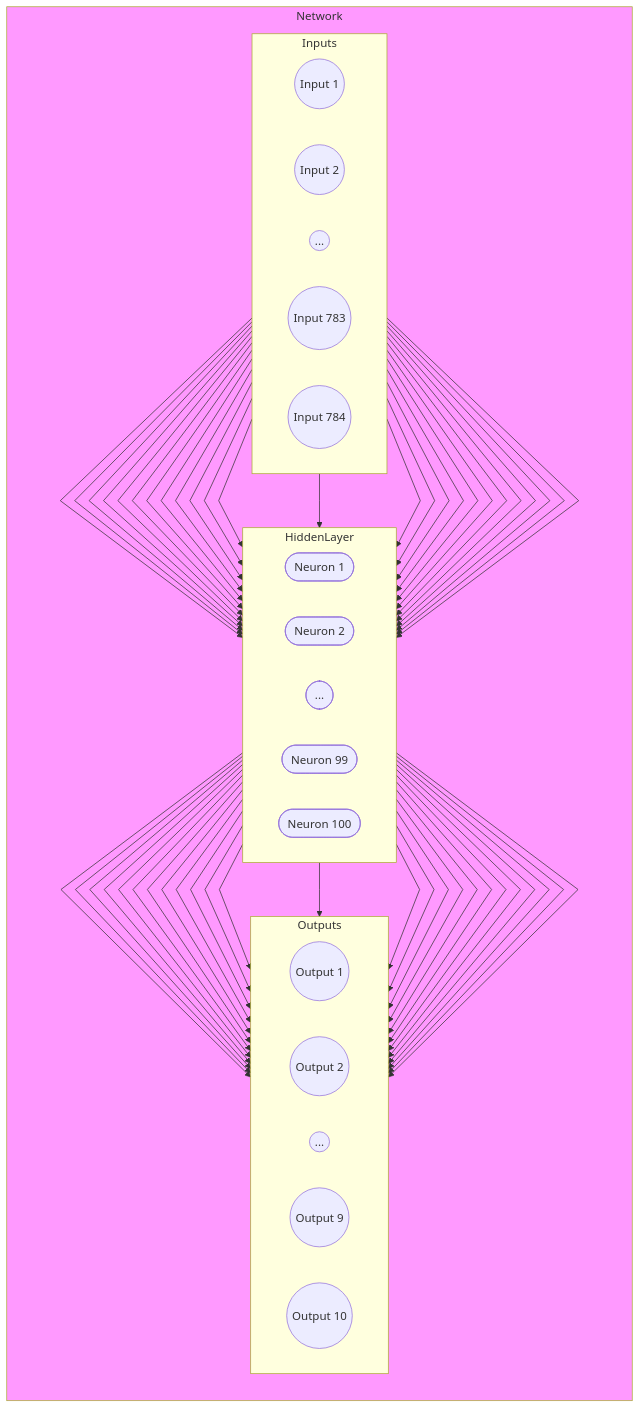
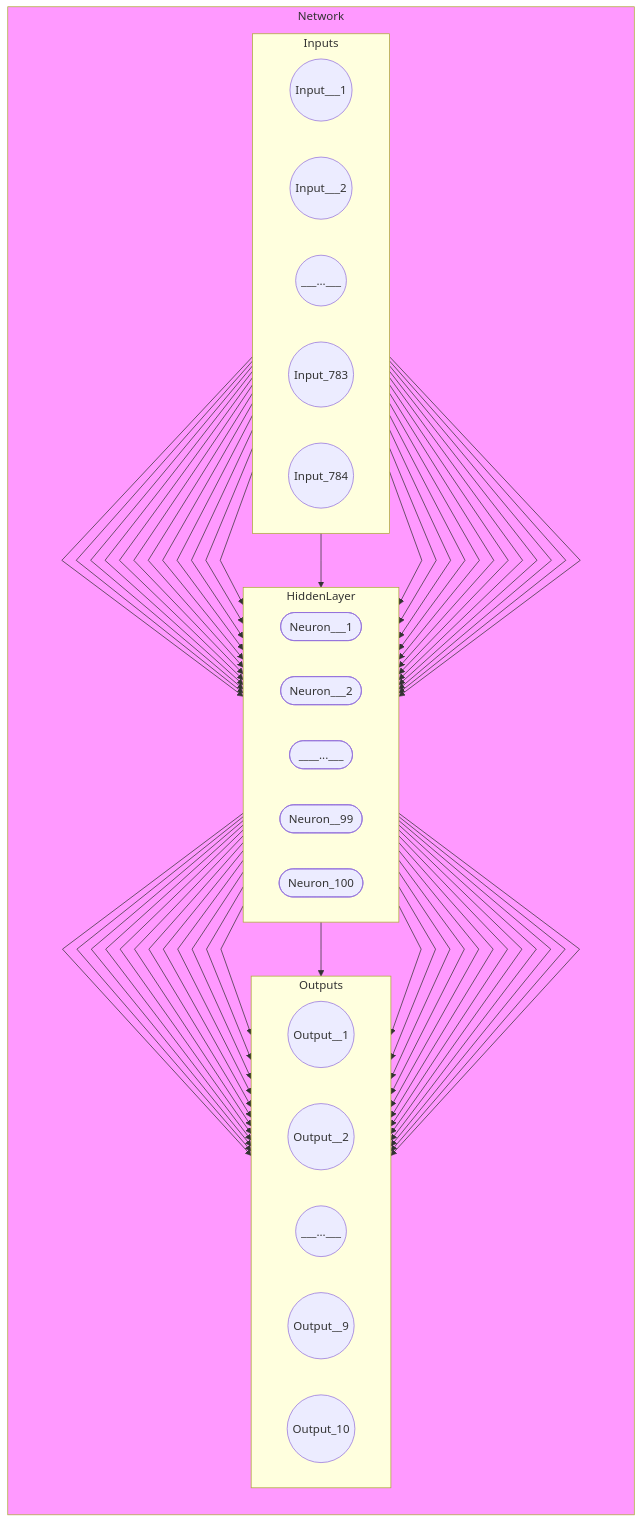
Before and after one commit to andrelohmann/ai-experiments: the diagram in notebooks/01_fashionMNIST/README.md, drawn with Mermaid.

Commit message:
updated Network Graph

````diff
--- a/notebooks/01_fashionMNIST/README.md
+++ b/notebooks/01_fashionMNIST/README.md
@@ -11,49 +11,49 @@
 ```mermaid
     %%{ init: { 'flowchart': { 'curve': 'linear' } } }%%
     flowchart TD
         subgraph Network
             direction TB
             style Network fill:#f9f
             subgraph Inputs
                 direction LR
-                I1((Input   1)):::round
-                I2((Input   2)):::round
-                Ix((   ...   )):::round
-                I783((Input 783)):::round
-                I784((Input 784)):::round
+                I1((Input___1)):::round
+                I2((Input___2)):::round
+                Ix((___...___)):::round
+                I783((Input_783)):::round
+                I784((Input_784)):::round
             end
 
             subgraph HiddenLayer
                 direction LR
-                N1([Neuron   1]);
-                N2([Neuron   2]);
-                Nx([    ...   ]);
-                N99([Neuron  99]);
-                N100([Neuron 100]);
+                N1([Neuron___1]);
+                N2([Neuron___2]);
+                Nx([____...___]);
+                N99([Neuron__99]);
+                N100([Neuron_100]);
             end
 
             subgraph Outputs
                 direction LR
-                O1((Output  1)):::round
-                O2((Output  2)):::round
-                Ox((   ...   )):::round
-                O9((Output  9)):::round
-                O10((Output 10)):::round
+                O1((Output__1)):::round
+                O2((Output__2)):::round
+                Ox((___...___)):::round
+                O9((Output__9)):::round
+                O10((Output_10)):::round
             end
 
             I1 --> N1 & N2 & Nx & N99 & N100
             I2 --> N1 & N2 & Nx & N99 & N100
             Ix --> N1 & N2 & Nx & N99 & N100
             I783 --> N1 & N2 & Nx & N99 & N100
             I784 --> N1 & N2 & Nx & N99 & N100
 
             N1 --> O1 & O2 & Ox & O9 & O10
             N2 --> O1 & O2 & Ox & O9 & O10
             Nx --> O1 & O2 & Ox & O9 & O10
             N99 --> O1 & O2 & Ox & O9 & O10
             N100 --> O1 & O2 & Ox & O9 & O10
 
             classDef round width:75px
 
         end
 ```
````
